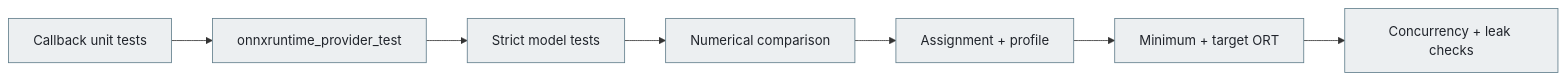
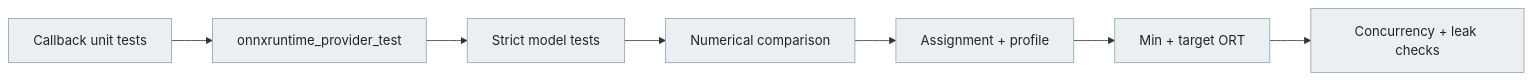
Diagram 13 of 13 in PluginEP/README.md (DakeQQ/Tutorial-ONNX-Runtime-Execution-Providers), drawn with Mermaid before and after one commit. The commit also changed other lines of this file and 15 other files, not shown here.

````diff
--- a/PluginEP/README.md
+++ b/PluginEP/README.md
@@ -509,12 +516,7 @@
 ```mermaid
 flowchart LR
-    U["Callback unit tests"] --> O["onnxruntime_provider_test"]
-    O --> M["Strict model tests"]
-    M --> N["Numerical comparison"]
-    N --> A["Assignment + profile"]
-    A --> V["Minimum + target ORT"]
-    V --> L["Concurrency + leak checks"]
+    U["Callback unit tests"] --> O["onnxruntime_provider_test"] --> M["Strict model tests"] --> N["Numerical comparison"] --> A["Assignment + profile"] --> V["Min + target ORT"] --> L["Concurrency + leak checks"]
 
-    classDef stage fill:#eceff1,stroke:#607d8b,color:#20242b
-    class U,O,M,N,A,V,L stage
+    class U,O,M,N,A,V,L leaf
+    classDef leaf fill:#eceff1,stroke:#90a4ae,color:#20242b
 ```
````
